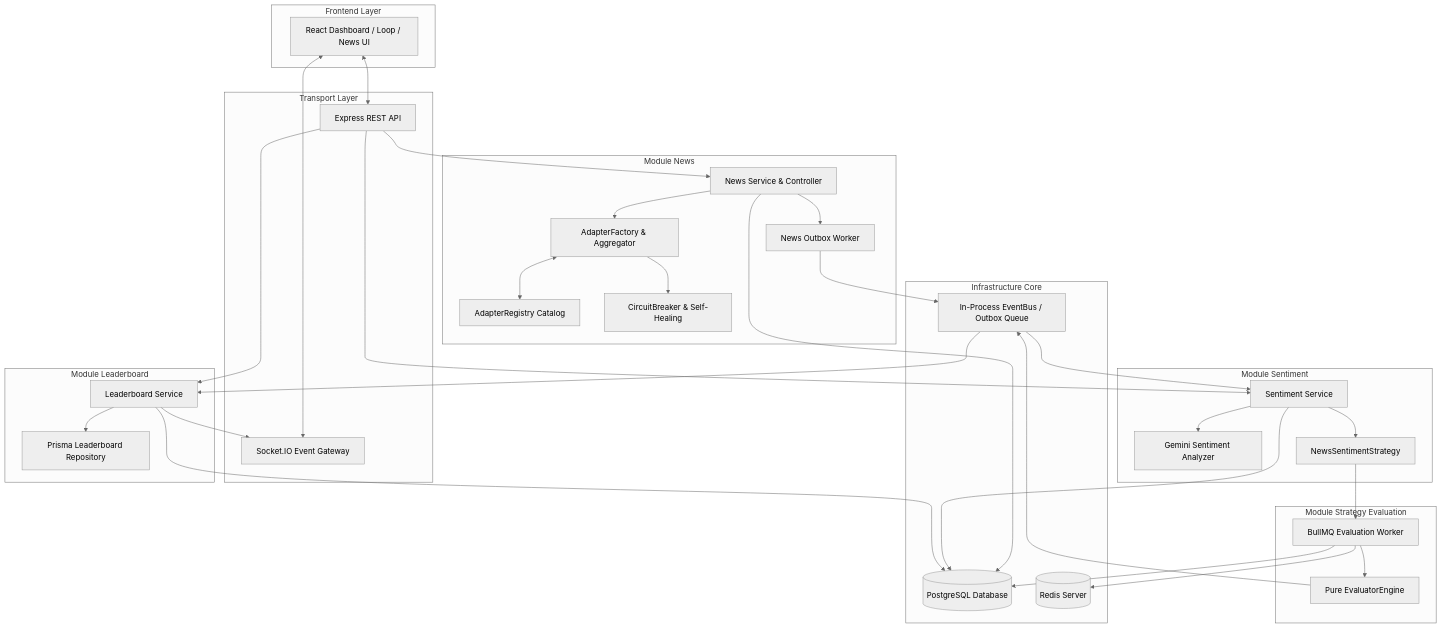
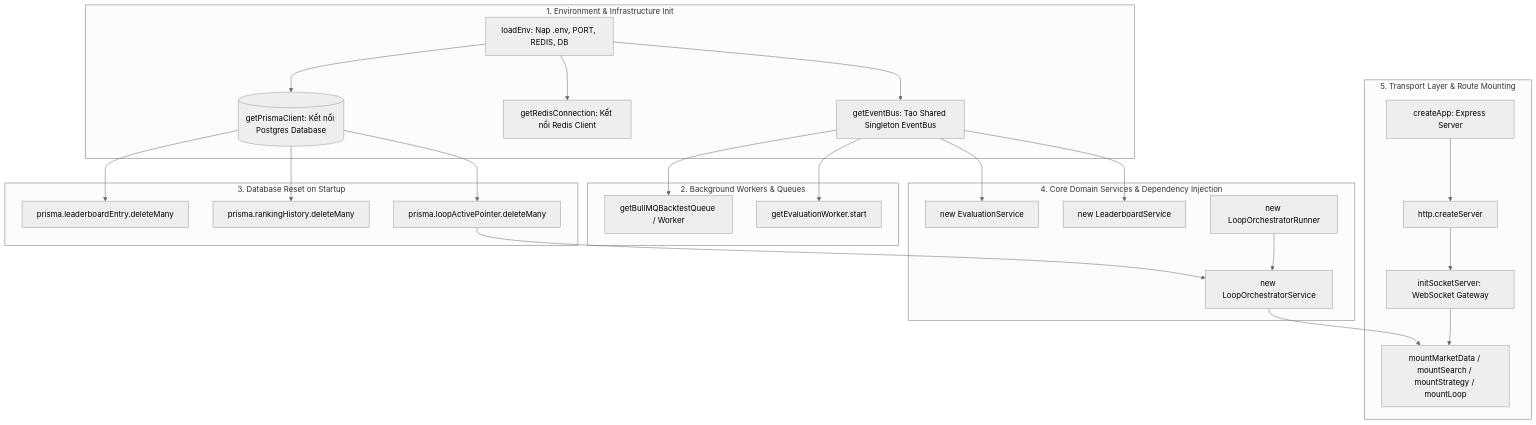
Before and after one commit to Triszz/crypto-strategy-lab: the first of 2 diagrams in docs/ARCHITECTURAL_SPECIFICATION_4_MODULES.md, drawn with Mermaid (neutral theme). The commit also changed other lines of this file, not shown here.

````diff
--- a/docs/ARCHITECTURAL_SPECIFICATION_4_MODULES.md
+++ b/docs/ARCHITECTURAL_SPECIFICATION_4_MODULES.md
@@ -42,59 +40,43 @@
 ```mermaid
 graph TD
-    subgraph Frontend Layer
-        UI[React Dashboard / Loop / News UI]
+    subgraph 1. Environment & Infrastructure Init
+        ENV[loadEnv: Nạp .env, PORT, REDIS, DB]
+        EB[getEventBus: Tạo Shared Singleton EventBus]
+        REDIS[getRedisConnection: Kết nối Redis Client]
+        PG[(getPrismaClient: Kết nối Postgres Database)]
     end
 
-    subgraph Transport Layer
-        WS[Socket.IO Event Gateway]
-        REST[Express REST API]
+    subgraph 2. Background Workers & Queues
+        BQ[getBullMQBacktestQueue / Worker]
+        EQ[getEvaluationWorker.start]
     end
 
-    subgraph Module News
-        NC[News Service & Controller]
-        REG[AdapterRegistry Catalog]
-        FAC[AdapterFactory & Aggregator]
-        CB[CircuitBreaker & Self-Healing]
-        OUTBOX[News Outbox Worker]
+    subgraph 3. Database Reset on Startup
+        DEL_LB[prisma.leaderboardEntry.deleteMany]
+        DEL_RH[prisma.rankingHistory.deleteMany]
+        DEL_PTR[prisma.loopActivePointer.deleteMany]
     end
 
-    subgraph Module Sentiment
-        SS[Sentiment Service]
-        SA[Gemini Sentiment Analyzer]
-        NSS[NewsSentimentStrategy]
+    subgraph 4. Core Domain Services & Dependency Injection
+        EVAL_SVC[new EvaluationService]
+        LB_SVC[new LeaderboardService]
+        LOOP_ORCH[new LoopOrchestratorService]
+        LOOP_RUNNER[new LoopOrchestratorRunner]
     end
 
-    subgraph Module Strategy Evaluation
-        EVAL_W[BullMQ Evaluation Worker]
-        PURE_EVAL[Pure EvaluatorEngine]
+    subgraph 5. Transport Layer & Route Mounting
+        EXPRESS[createApp: Express Server]
+        HTTP[http.createServer]
+        WS[initSocketServer: WebSocket Gateway]
+        MNT[mountMarketData / mountSearch / mountStrategy / mountLoop]
     end
 
-    subgraph Module Leaderboard
-        LBS[Leaderboard Service]
-        LBREPO[Prisma Leaderboard Repository]
-    end
-
-    subgraph Infrastructure Core
-        EB[In-Process EventBus / Outbox Queue]
-        PG[(PostgreSQL Database)]
-        REDIS[(Redis Server)]
-    end
-
-    UI <--> WS
-    UI <--> REST
-    REST --> NC & SS & LBS
-    NC --> FAC
-    FAC <--> REG
-    FAC --> CB
-    NC --> OUTBOX
-    OUTBOX --> EB
-    EB --> SS
-    SS --> SA & NSS
-    NSS --> EVAL_W
-    EVAL_W --> PURE_EVAL
-    PURE_EVAL --> EB
-    EB --> LBS
-    LBS --> LBREPO & WS
-    NC & SS & LBS & EVAL_W --> PG
-    EVAL_W --> REDIS
+    ENV --> EB & REDIS & PG
+    EB --> BQ & EQ & EVAL_SVC & LB_SVC
+    PG --> DEL_LB & DEL_RH & DEL_PTR
+    DEL_PTR --> LOOP_ORCH
+    LOOP_RUNNER --> LOOP_ORCH
+    LOOP_ORCH --> MNT
+    EXPRESS --> HTTP --> WS
+    WS --> MNT
 ```
````
